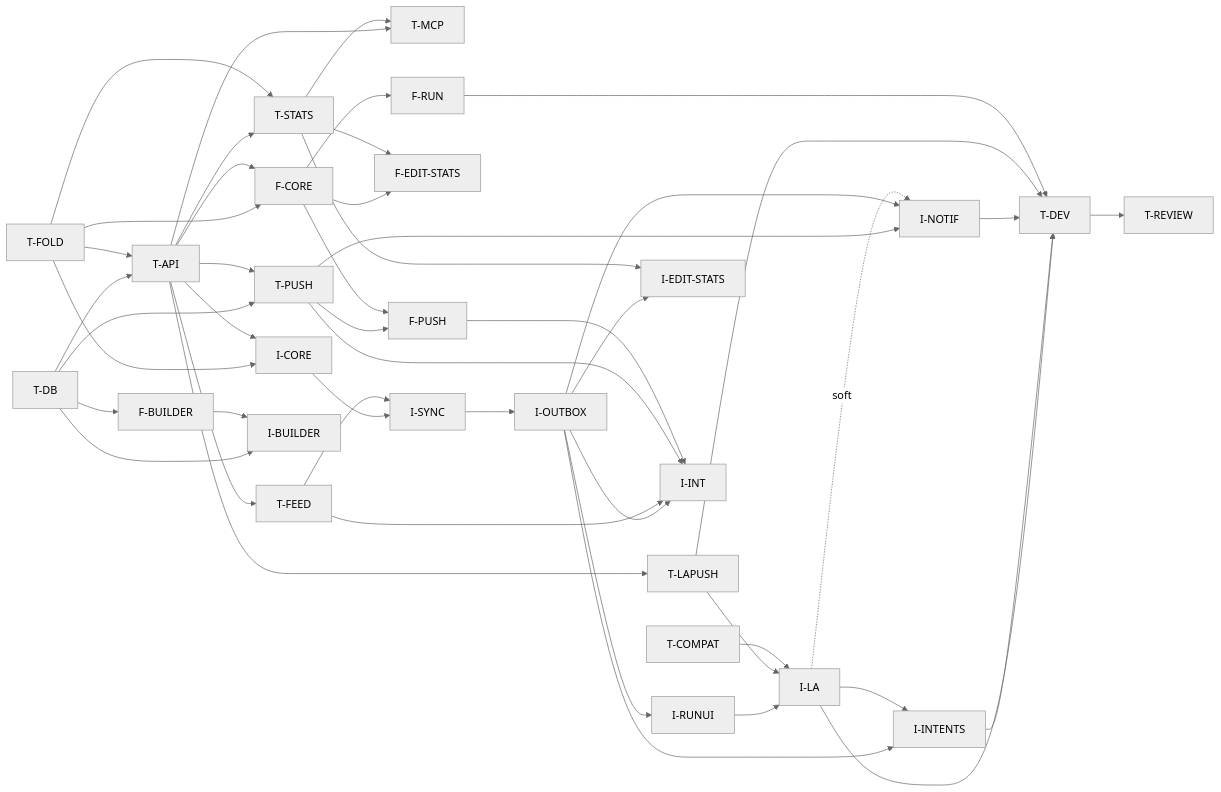
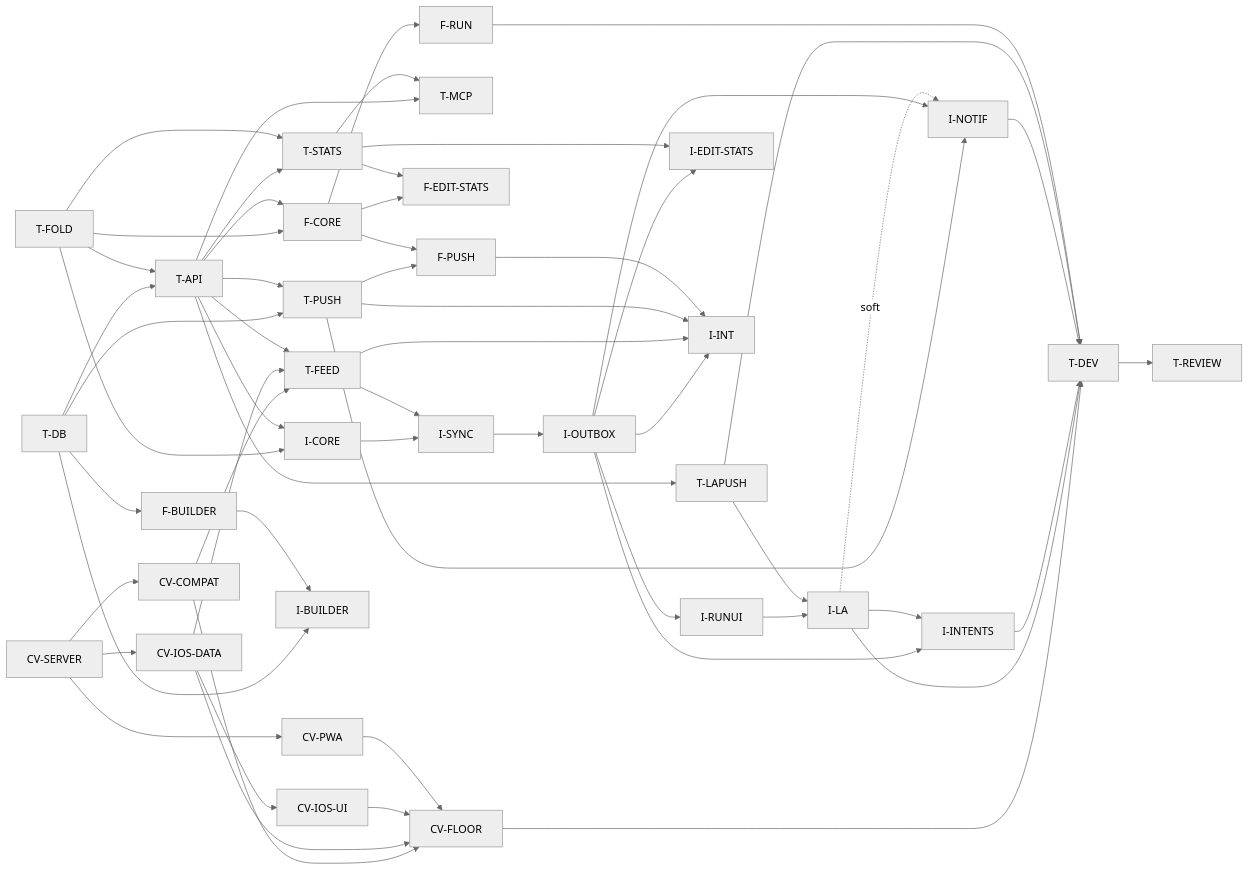
One commit to Richard-Lynch/quickr changed the diagram in docs/specs/timers-plan.md. Above: the diagram before and after it, drawn with Mermaid (neutral theme). The commit also changed other lines of this file and 2 other files, not shown here.

````diff
--- a/docs/specs/timers-plan.md
+++ b/docs/specs/timers-plan.md
@@ -386,53 +482,62 @@
 ```mermaid
 flowchart LR
+  CVS[CV-SERVER] --> CVC[CV-COMPAT]
+  CVS --> CVID[CV-IOS-DATA]
+  CVID --> CVIU[CV-IOS-UI]
+  CVS --> CVP[CV-PWA]
+  CVC --> CVF[CV-FLOOR]
+  CVID --> CVF
+  CVIU --> CVF
+  CVP --> CVF
+  CVC --> TFEED
+  CVID --> TFEED
+  CVF --> TDEV
   TDB[T-DB] --> TAPI[T-API]
   TFOLD[T-FOLD] --> TAPI
   TAPI --> TFEED[T-FEED]
   TAPI --> TSTATS[T-STATS]
   TFOLD --> TSTATS
   TDB --> TPUSH[T-PUSH]
   TAPI --> TPUSH
   TAPI --> TLAPUSH[T-LAPUSH]
   TAPI --> TMCP[T-MCP]
   TSTATS --> TMCP
-  TCOMPAT[T-COMPAT]
 
   TFOLD --> FCORE[F-CORE]
   TAPI --> FCORE
   FCORE --> FRUN[F-RUN]
   TDB --> FBUILD[F-BUILDER]
   FCORE --> FEDIT[F-EDIT-STATS]
   TSTATS --> FEDIT
   TPUSH --> FPUSH[F-PUSH]
   FCORE --> FPUSH
 
   TFOLD --> ICORE[I-CORE]
   TAPI --> ICORE
   ICORE --> ISYNC[I-SYNC]
   TFEED --> ISYNC
   ISYNC --> IOUT[I-OUTBOX]
   IOUT --> IRUN[I-RUNUI]
   TDB --> IBUILD[I-BUILDER]
   FBUILD --> IBUILD
   IOUT --> IEDIT[I-EDIT-STATS]
   TSTATS --> IEDIT
   IRUN --> ILA[I-LA]
   TLAPUSH --> ILA
-  TCOMPAT --> ILA
   IOUT --> IINT[I-INTENTS]
   ILA --> IINT
   TPUSH --> INOTIF[I-NOTIF]
   IOUT --> INOTIF
   ILA -.soft.-> INOTIF
   IOUT --> IINTG[I-INT]
   TFEED --> IINTG
   TPUSH --> IINTG
   FPUSH --> IINTG
 
   ILA --> TDEV[T-DEV]
   IINT --> TDEV
   INOTIF --> TDEV
   TLAPUSH --> TDEV
   FRUN --> TDEV
   TDEV --> TREV[T-REVIEW]
 ```
````
